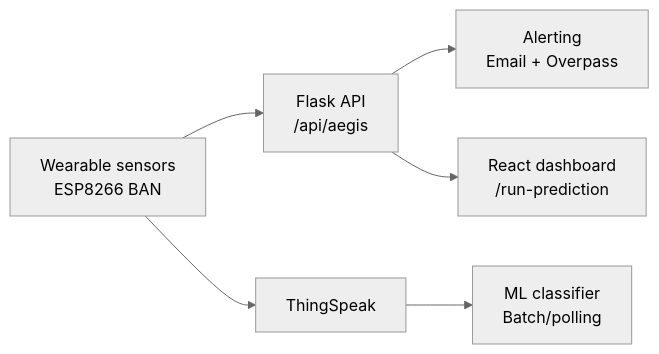
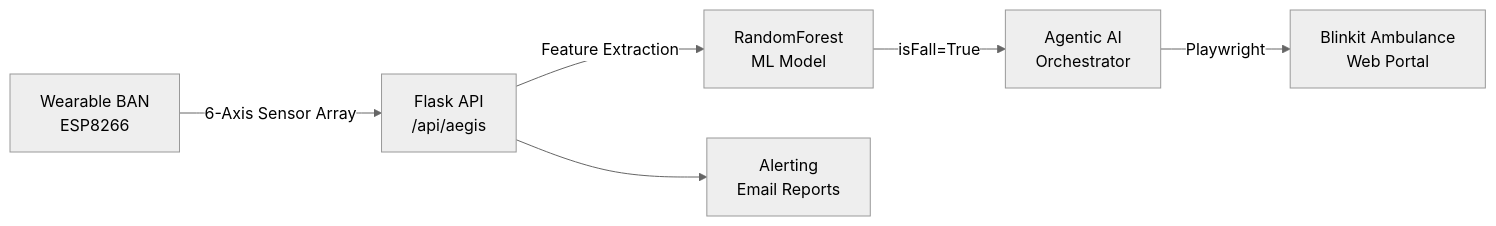
One commit to cmasked/Aegis-IoT-Health-Sentinel changed the diagram in README.md. Above: the diagram before and after it, drawn with Mermaid (neutral theme). The commit also changed other lines of this file and 4 other files, not shown here.

````diff
--- a/README.md
+++ b/README.md
@@ -47,8 +25,8 @@
 ```mermaid
 flowchart LR
-    S[Wearable sensors\nESP8266 BAN] --> API[Flask API\n/api/aegis]
-    API --> ALERTS[Alerting\nEmail + Overpass]
-    S --> TS[ThingSpeak]
-    TS --> ML[ML classifier\nBatch/polling]
-    API --> UI[React dashboard\n/run-prediction]
+    S[Wearable BAN\nESP8266] -->|6-Axis Sensor Array| API[Flask API\n/api/aegis]
+    API -->|Feature Extraction| ML[RandomForest\nML Model]
+    ML -->|isFall=True| AGENT[Agentic AI\nOrchestrator]
+    AGENT -->|Playwright| BLINKIT[Blinkit Ambulance\nWeb Portal]
+    API --> ALERTS[Alerting\nEmail Reports]
 ```
````
